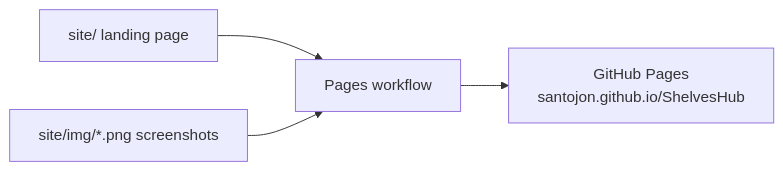
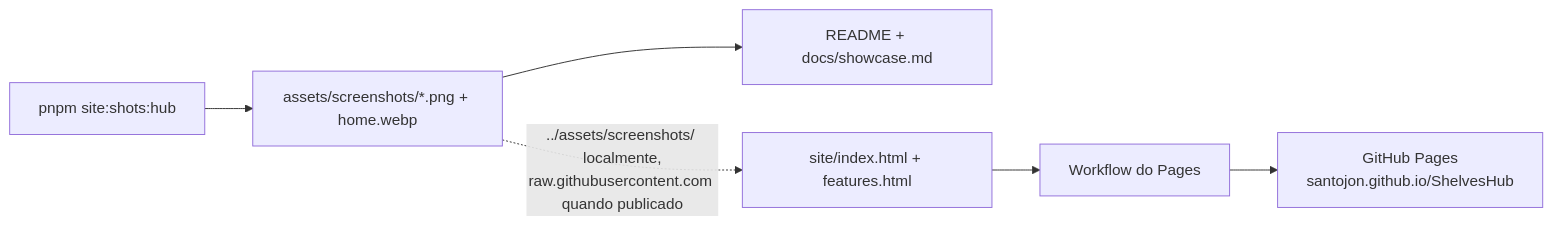
Before and after one commit to santojon/ShelvesHub: the first of 2 diagrams in docs/pt-BR/showcase.md, drawn with Mermaid. The commit also changed other lines of this file and 25 other files, not shown here.

````diff
--- a/docs/pt-BR/showcase.md
+++ b/docs/pt-BR/showcase.md
@@ -19,6 +24,8 @@
 ```mermaid
 flowchart LR
-  A[site/ landing page] --> P[Pages workflow]
-  I[site/img/*.png screenshots] --> P
+  C[pnpm site:shots:hub] --> A[assets/screenshots/*.png + home.webp]
+  A --> R[README + docs/showcase.md]
+  A -. "../assets/screenshots/ localmente,<br/>raw.githubusercontent.com quando publicado" .-> S[site/index.html + features.html]
+  S --> P[Workflow do Pages]
   P --> G[GitHub Pages<br/>santojon.github.io/ShelvesHub]
 ```
````
